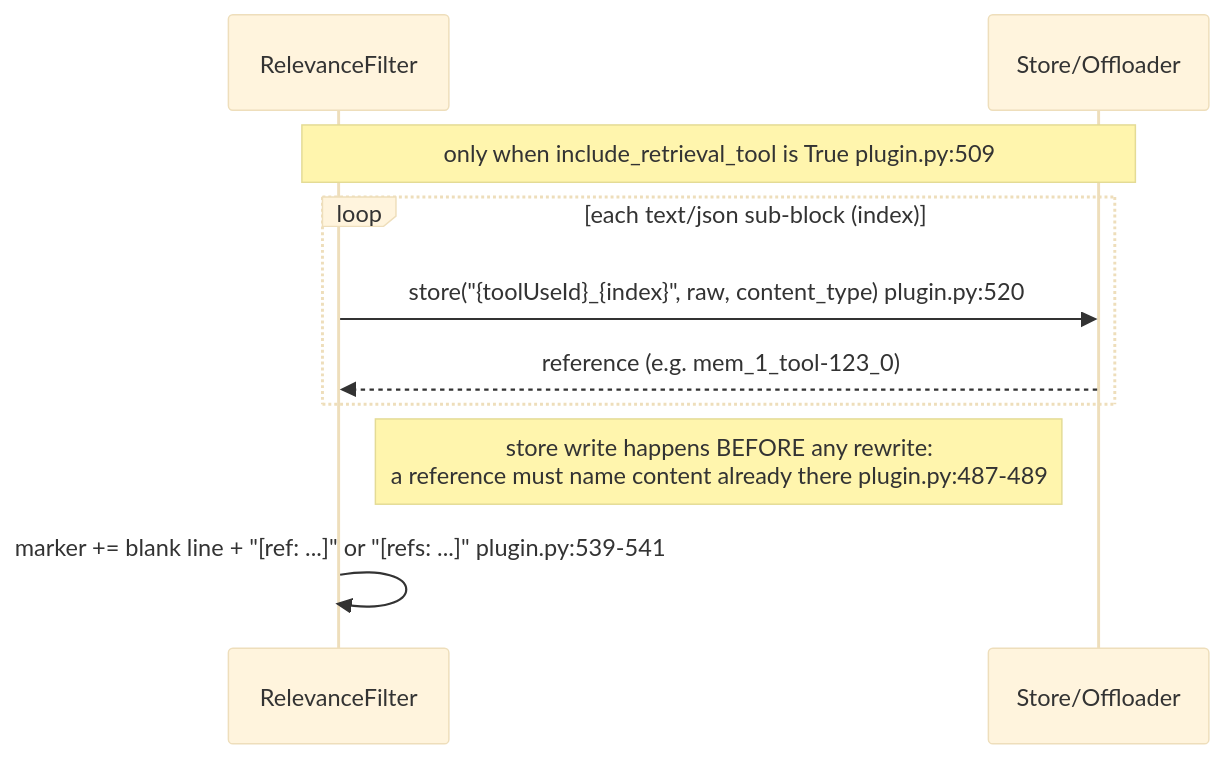
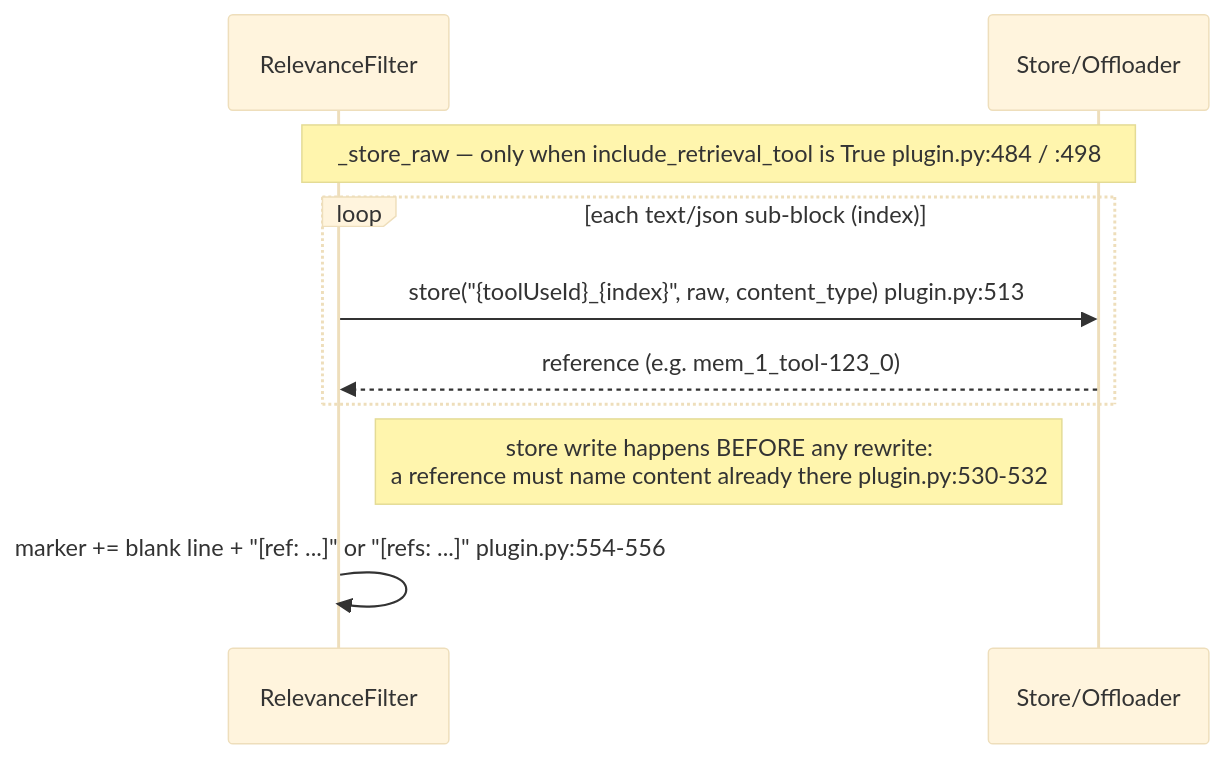
The second of 3 diagrams in docs/design/sequence/sequence-a-relevance-filtering.md (aws-samples/sample-context-engineering), drawn with Mermaid (base theme) before and after one commit. The commit also changed other lines of this file and 2 other files, not shown here.

````diff
--- a/docs/design/sequence/sequence-a-relevance-filtering.md
+++ b/docs/design/sequence/sequence-a-relevance-filtering.md
@@ -142,13 +151,13 @@
 ```mermaid
 sequenceDiagram
     participant RF as RelevanceFilter
     participant Store as Store/Offloader
 
-    Note over RF,Store: only when include_retrieval_tool is True  plugin.py:509
+    Note over RF,Store: _store_raw — only when include_retrieval_tool is True  plugin.py:484 / :498
     loop each text/json sub-block (index)
-        RF->>Store: store("{toolUseId}_{index}", raw, content_type)  plugin.py:520
+        RF->>Store: store("{toolUseId}_{index}", raw, content_type)  plugin.py:513
         Store-->>RF: reference (e.g. mem_1_tool-123_0)
     end
-    Note right of RF: store write happens BEFORE any rewrite:<br/>a reference must name content already there  plugin.py:487-489
-    RF->>RF: marker += blank line + "[ref: ...]" or "[refs: ...]"  plugin.py:539-541
+    Note right of RF: store write happens BEFORE any rewrite:<br/>a reference must name content already there  plugin.py:530-532
+    RF->>RF: marker += blank line + "[ref: ...]" or "[refs: ...]"  plugin.py:554-556
 ```
````
